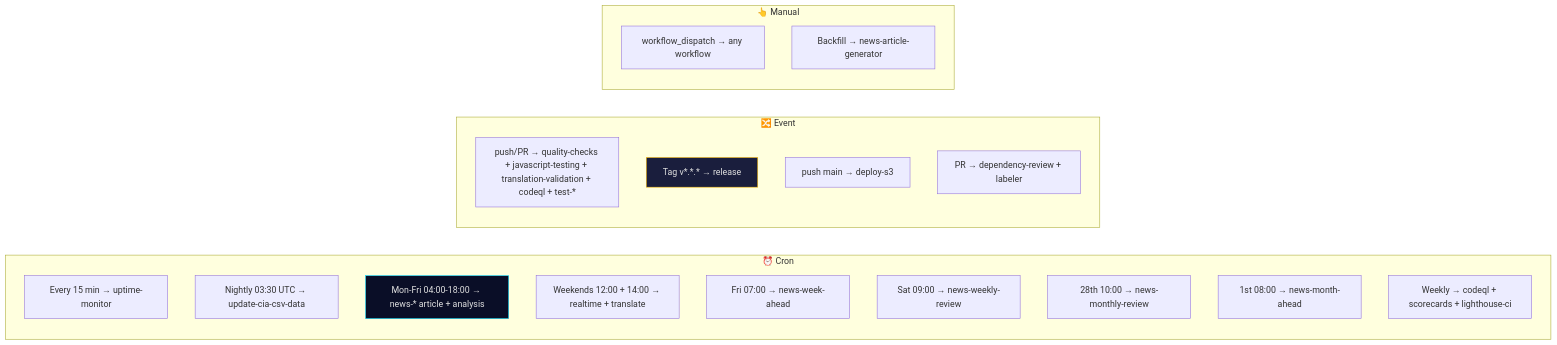
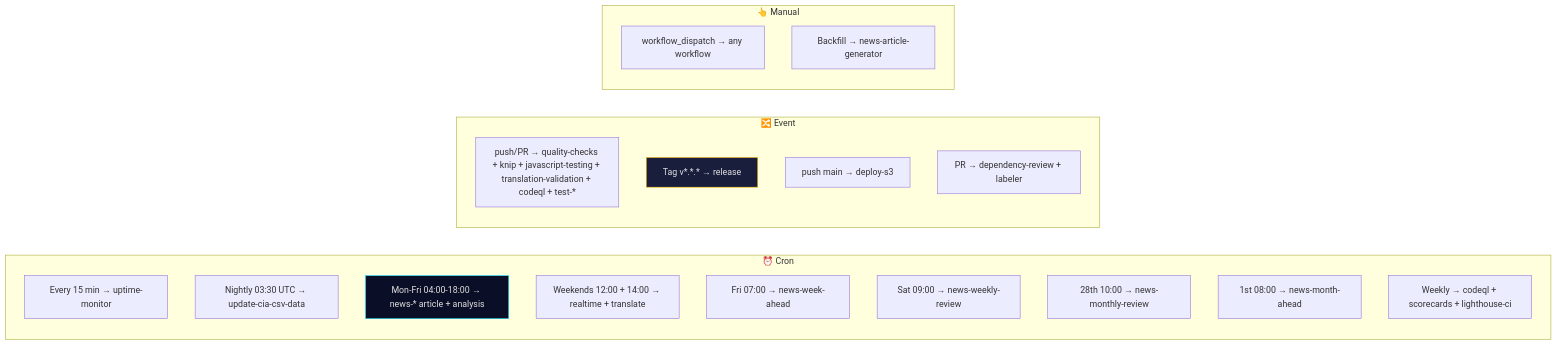
Before and after one commit to Hack23/riksdagsmonitor: the diagram in .github/workflows/README.md, drawn with Mermaid. The commit also changed other lines of this file and 9 other files, not shown here.

````diff
--- a/.github/workflows/README.md
+++ b/.github/workflows/README.md
@@ -138,26 +139,26 @@
 ```mermaid
 flowchart LR
   subgraph "⏰ Cron"
     C1[Every 15 min → uptime-monitor]
     C2[Nightly 03:30 UTC → update-cia-csv-data]
     C3[Mon-Fri 04:00-18:00 → news-* article + analysis]
     C4[Weekends 12:00 + 14:00 → realtime + translate]
     C5[Fri 07:00 → news-week-ahead]
     C6[Sat 09:00 → news-weekly-review]
     C7[28th 10:00 → news-monthly-review]
     C8[1st 08:00 → news-month-ahead]
     C9[Weekly → codeql + scorecards + lighthouse-ci]
   end
   subgraph "🔀 Event"
-    E1[push/PR → quality-checks + javascript-testing + translation-validation + codeql + test-*]
+    E1[push/PR → quality-checks + knip + javascript-testing + translation-validation + codeql + test-*]
     E2[Tag v*.*.* → release]
     E3[push main → deploy-s3]
     E4[PR → dependency-review + labeler]
   end
   subgraph "👆 Manual"
     M1[workflow_dispatch → any workflow]
     M2[Backfill → news-article-generator]
   end
   style C3 fill:#0a0e27,stroke:#00d9ff,color:#e0e0e0
   style E2 fill:#1a1e3d,stroke:#ffbe0b,color:#e0e0e0
 ```
````
